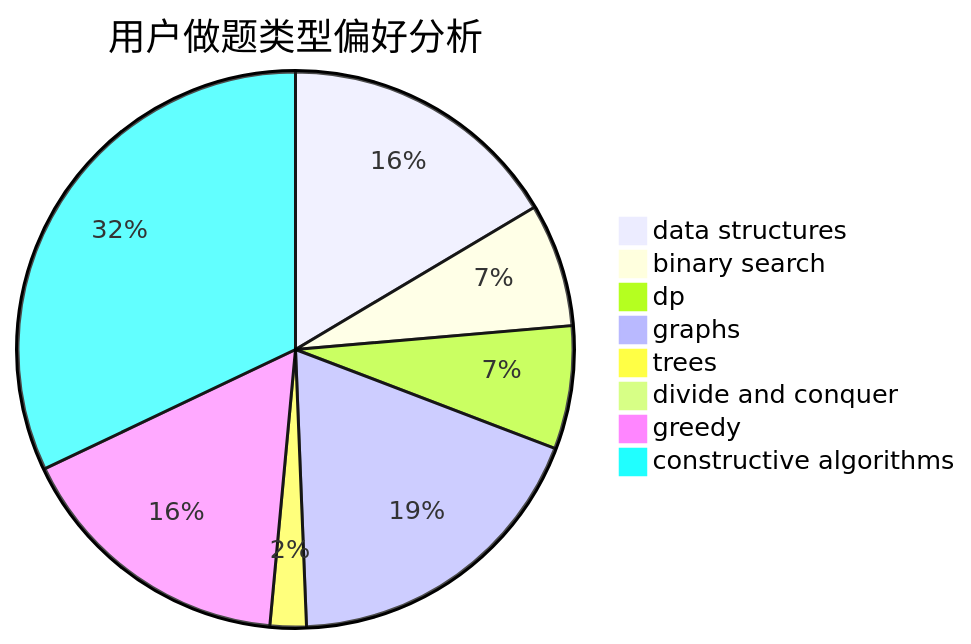
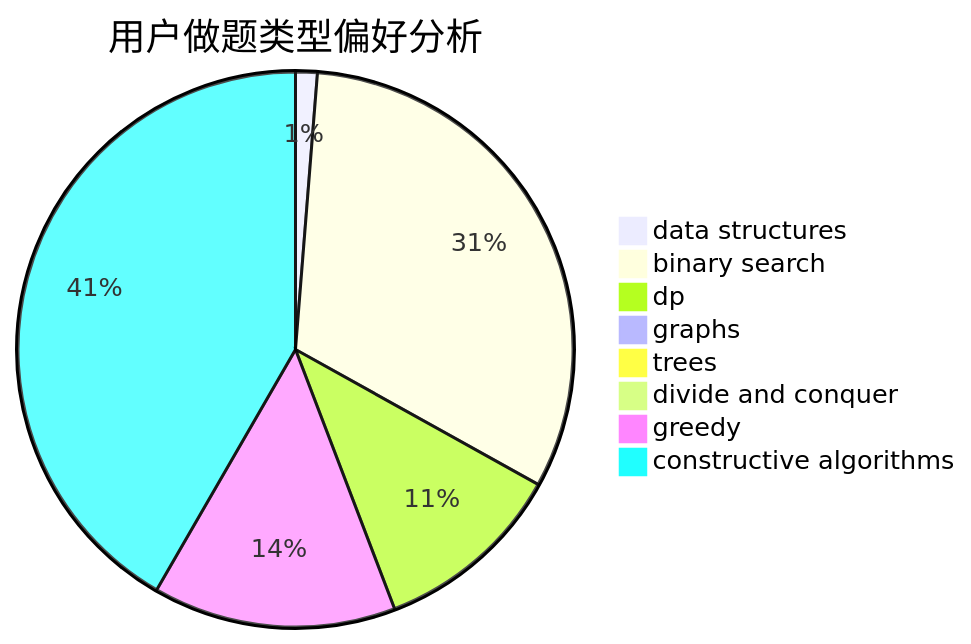
One commit to sherpahu/cfrs.github.io changed the second of 3 diagrams in docs/user/u1698.md. Above: the diagram before and after it, drawn with Mermaid. The commit also changed other lines of this file and 2770 other files, not shown here.

````diff
--- a/docs/user/u1698.md
+++ b/docs/user/u1698.md
@@ -23,11 +23,11 @@
 ```mermaid
 pie title 用户做题类型偏好分析
-    "data structures" :  39
-    "binary search" :  17
-    "dp" :  17
-    "graphs" :  44
-    "trees" :  5
-    "divide and conquer" :  0
-    "greedy" :  39
-    "constructive algorithms" :  76
+    "data structures" :  5
+    "binary search" :  126
+    "dp" :  44
+    "graphs" :  2
+    "trees" :  2
+    "divide and conquer" :  1
+    "greedy" :  56
+    "constructive algorithms" :  165
 ```
````
